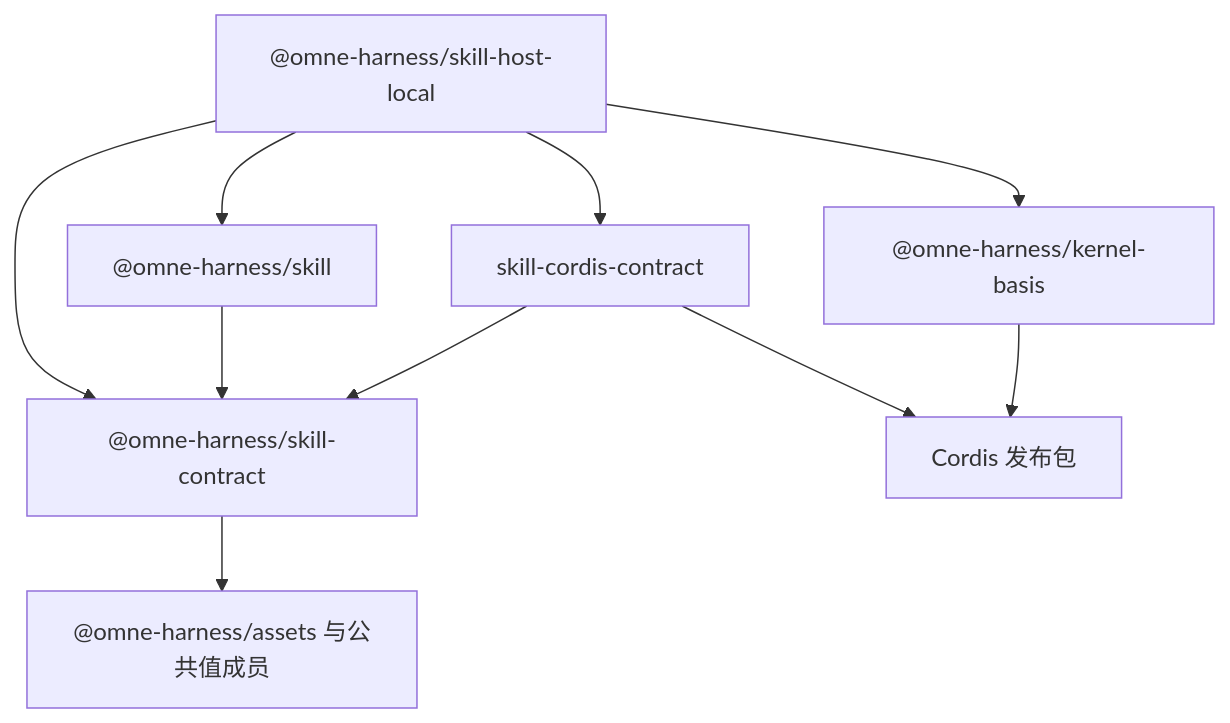
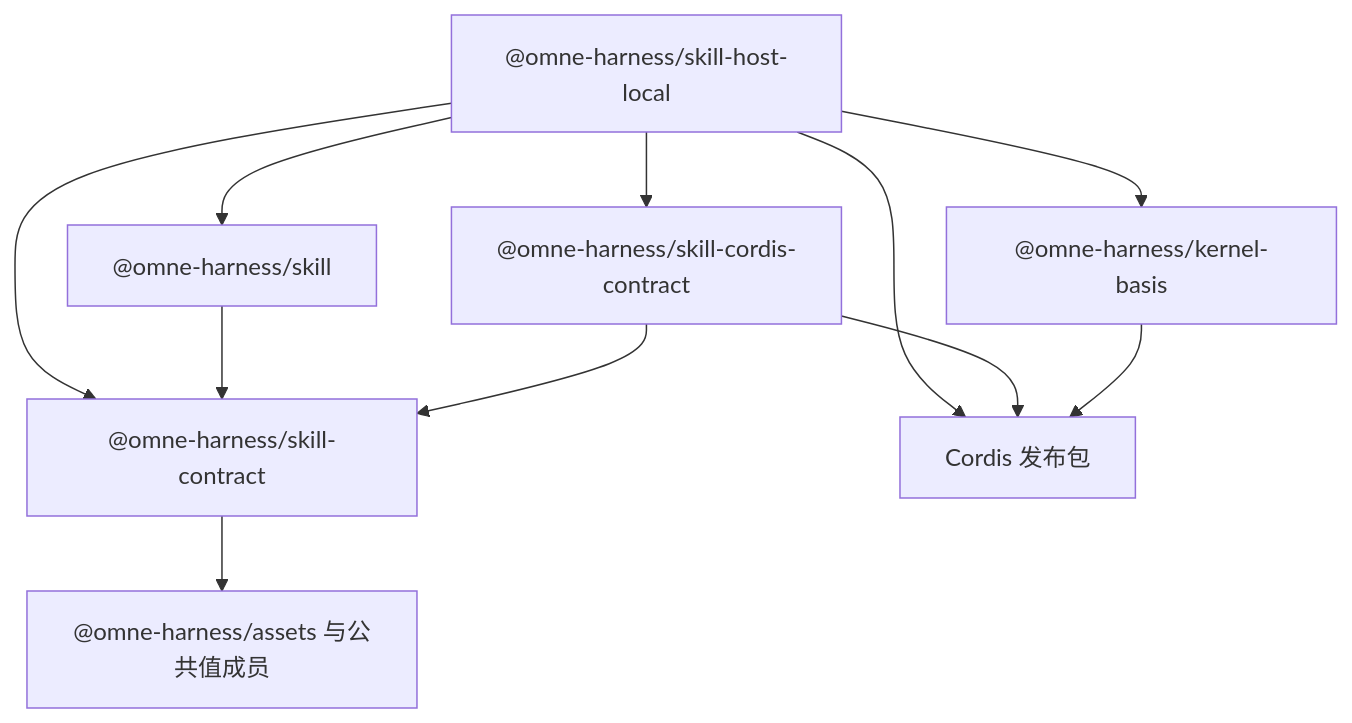
The diagram in packages/skills/README.md (nemori-ai/omne-harness-lite), drawn with Mermaid before and after one commit. The commit also changed other lines of this file and 4 other files, not shown here.

First line of the commit message:
docs(skills): review-docs 的处置：同步 skill-contract 的 Cordis 说明，成员名带 scope（#1119）

````diff
--- a/packages/skills/README.md
+++ b/packages/skills/README.md
@@ -34,12 +34,13 @@
 ```mermaid
 flowchart TD
   H["@omne-harness/skill-host-local"] --> X["@omne-harness/skill"]
-  H --> C["skill-cordis-contract"]
+  H --> C["@omne-harness/skill-cordis-contract"]
   H --> B["@omne-harness/kernel-basis"]
   H --> K["@omne-harness/skill-contract"]
+  H --> R
   X --> K
   C --> K
   C --> R[Cordis 发布包]
   B --> R
   K --> A["@omne-harness/assets 与公共值成员"]
 ```
````
